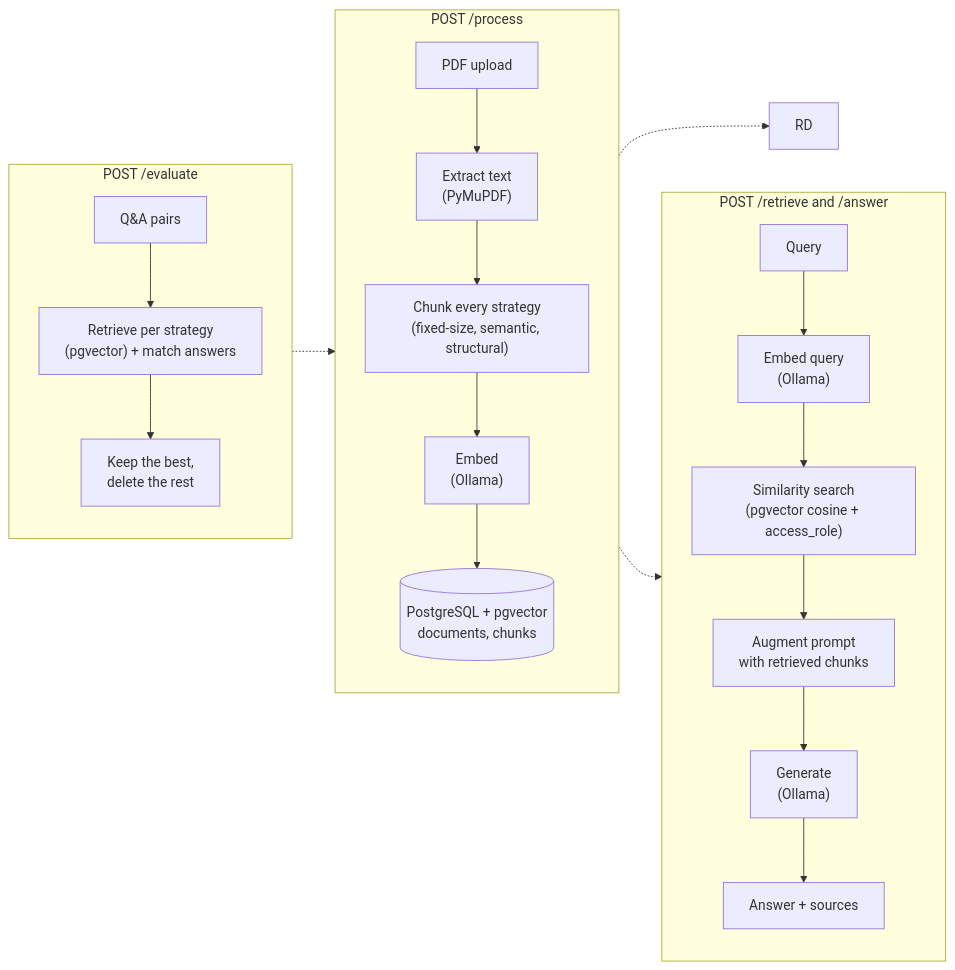
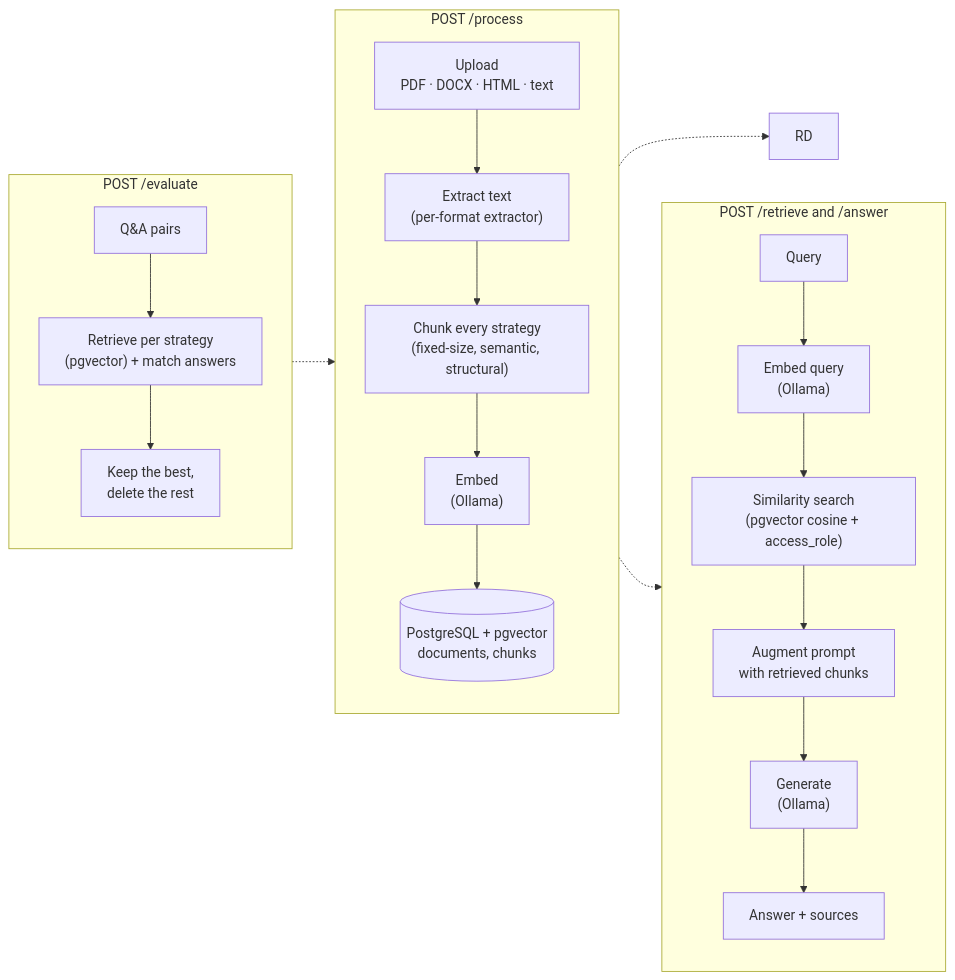
Before and after one commit to mh2005in/RAG-Assistant-with-Real-Evals: the diagram in README.md, drawn with Mermaid. The commit also changed other lines of this file and 28 other files, not shown here.

````diff
--- a/README.md
+++ b/README.md
@@ -19,26 +19,26 @@
 ```mermaid
 flowchart LR
     subgraph ingest["POST /process"]
       direction TB
-      U["PDF upload"] --> EX["Extract text<br/>(PyMuPDF)"]
+      U["Upload<br/>PDF · DOCX · HTML · text"] --> EX["Extract text<br/>(per-format extractor)"]
       EX --> CH["Chunk every strategy<br/>(fixed-size, semantic, structural)"]
       CH --> EM1["Embed<br/>(Ollama)"]
       EM1 --> ST[("PostgreSQL + pgvector<br/>documents, chunks")]
     end
     subgraph eval["POST /evaluate"]
       direction TB
       QA["Q&amp;A pairs"] --> RS["Retrieve per strategy<br/>(pgvector) + match answers"]
       RS --> PR["Keep the best,<br/>delete the rest"]
     end
     subgraph ask["POST /retrieve and /answer"]
       direction TB
       Q["Query"] --> EM2["Embed query<br/>(Ollama)"]
       EM2 --> SR["Similarity search<br/>(pgvector cosine + access_role)"]
       SR --> AUG["Augment prompt<br/>with retrieved chunks"]
       AUG --> GEN["Generate<br/>(Ollama)"]
       GEN --> A["Answer + sources"]
     end
     ST -.-> RD
     PR -.-> ST
     ST -.-> SR
 ```
````
